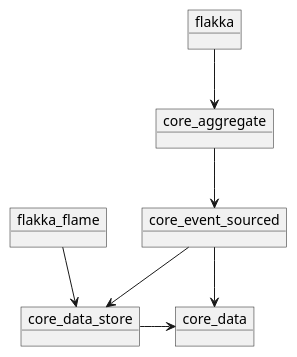
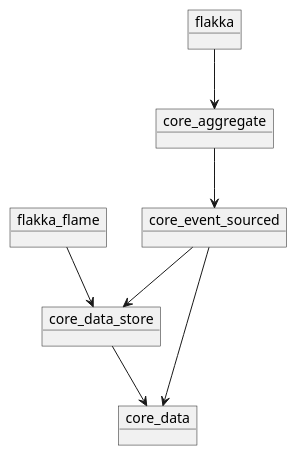
Before and after one commit to bestow-code/flakka: the diagram in packages.puml, drawn with PlantUML. The commit also changed 10 other files, not shown here.

```diff
--- a/packages.puml
+++ b/packages.puml
@@ -1,15 +1,15 @@
 @startuml
 object flakka
 object flakka_flame
 object core_aggregate
 object core_event_sourced
 object core_data_store
 flakka_flame --> core_data_store
 flakka --> core_aggregate
 object core_data
 
-core_data_store -> core_data
+core_data_store --> core_data
 core_event_sourced --> core_data_store
 core_event_sourced --> core_data
 core_aggregate --> core_event_sourced
 @enduml
```
